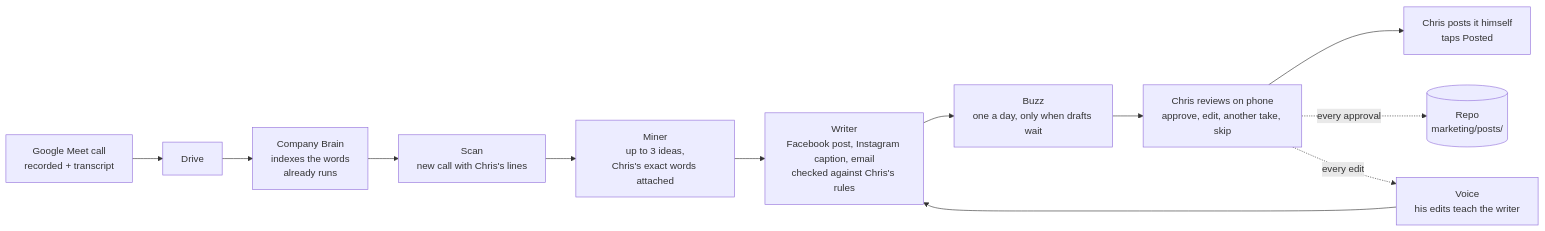
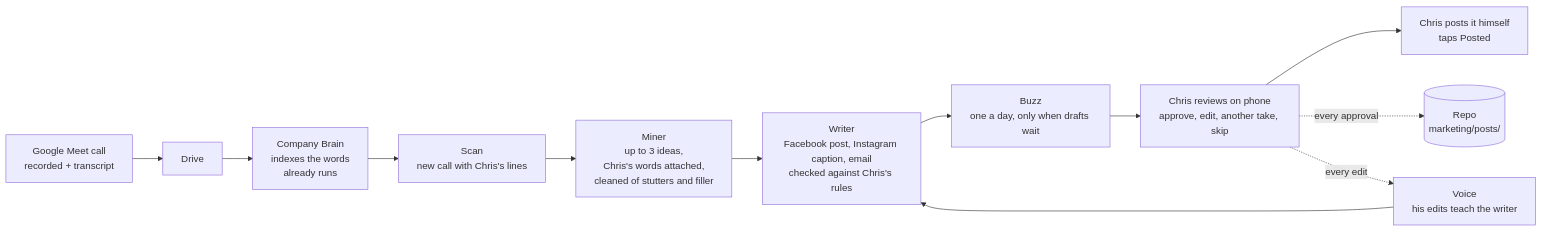
The first of 2 diagrams in docs/specs/calls-to-content-2026-10-09.md (ZootimusMaximusSupreme/Fundhub_ai), drawn with Mermaid before and after one commit. The commit also changed other lines of this file and 7 other files, not shown here.

First line of the commit message:
Learning loop: build spec, board, cadence rule 1, cleaned words in Calls to Content

````diff
--- a/docs/specs/calls-to-content-2026-10-09.md
+++ b/docs/specs/calls-to-content-2026-10-09.md
@@ -85,14 +87,14 @@
 ```mermaid
 flowchart LR
   M[Google Meet call<br/>recorded + transcript] --> D[Drive]
   D --> B[Company Brain<br/>indexes the words<br/>already runs]
   B --> S[Scan<br/>new call with Chris's lines]
-  S --> I[Miner<br/>up to 3 ideas,<br/>Chris's exact words attached]
+  S --> I[Miner<br/>up to 3 ideas,<br/>Chris's words attached,<br/>cleaned of stutters and filler]
   I --> W[Writer<br/>Facebook post, Instagram caption, email<br/>checked against Chris's rules]
   W --> Z[Buzz<br/>one a day, only when drafts wait]
   Z --> R[Chris reviews on phone<br/>approve, edit, another take, skip]
   R --> P[Chris posts it himself<br/>taps Posted]
   R -. every approval .-> G[(Repo<br/>marketing/posts/)]
   R -. every edit .-> V[Voice<br/>his edits teach the writer]
   V --> W
 ```
````
